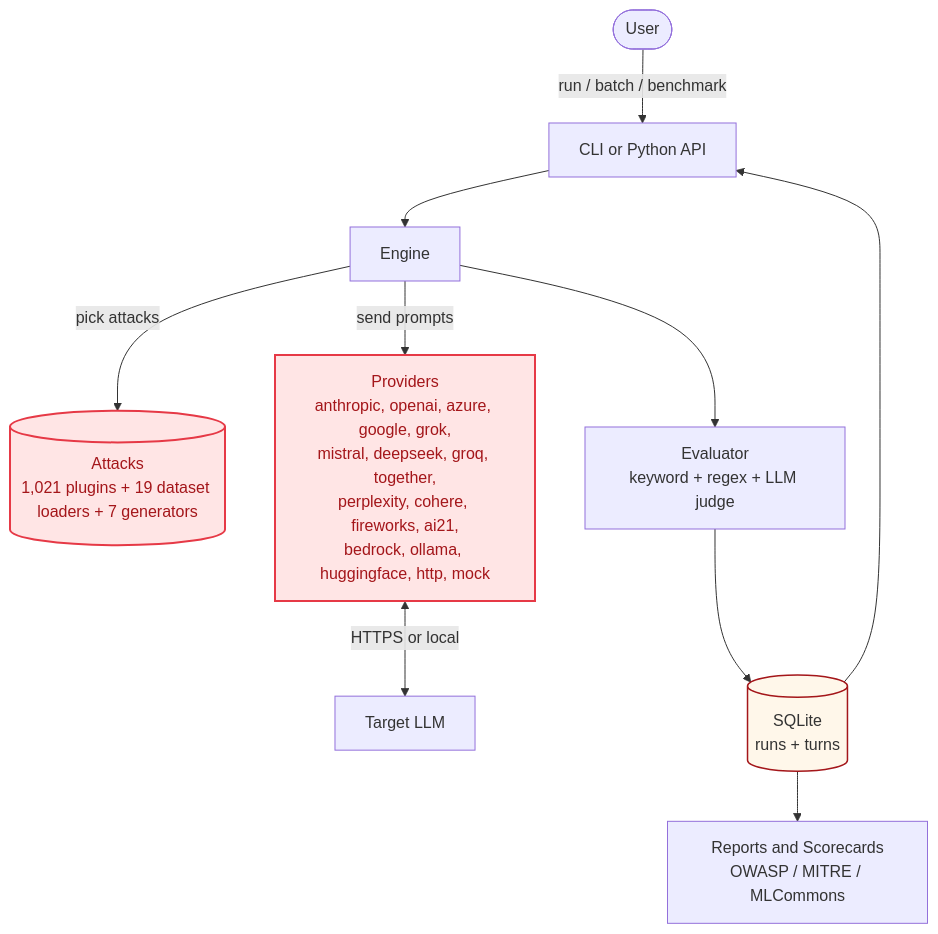
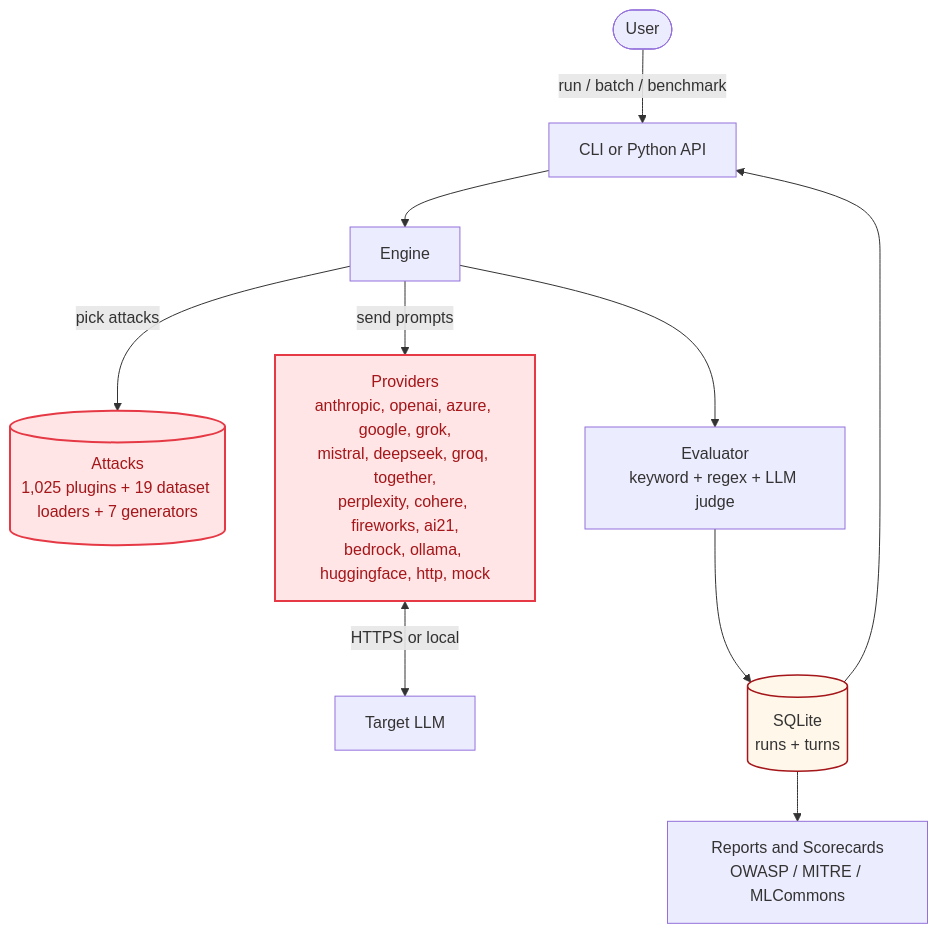
The diagram in docs/architecture/overview.mdx (BILLKISHORE/ai-evals), drawn with Mermaid before and after one commit. The commit also changed other lines of this file and 32 other files, not shown here.

````diff
--- a/docs/architecture/overview.mdx
+++ b/docs/architecture/overview.mdx
@@ -10,17 +10,17 @@
 ```mermaid
 flowchart TB
     User([User]) -->|run / batch / benchmark| CLI[CLI or Python API]
     CLI --> Engine[Engine]
-    Engine -->|pick attacks| Attacks[(Attacks<br/>1,021 plugins + 19 dataset loaders + 7 generators)]
+    Engine -->|pick attacks| Attacks[(Attacks<br/>1,025 plugins + 19 dataset loaders + 7 generators)]
     Engine -->|send prompts| Providers[Providers<br/>anthropic, openai, azure, google, grok,<br/>mistral, deepseek, groq, together,<br/>perplexity, cohere, fireworks, ai21,<br/>bedrock, ollama, huggingface, http, mock]
     Providers <-->|HTTPS or local| Model[Target LLM]
     Engine --> Evaluator[Evaluator<br/>keyword + regex + LLM judge]
     Evaluator --> Storage[(SQLite<br/>runs + turns)]
     Storage --> Reports[Reports and Scorecards<br/>OWASP / MITRE / MLCommons]
     Storage --> CLI
 
     classDef plugin fill:#FFE5E5,stroke:#E63946,stroke-width:2px,color:#A4161A
     classDef store fill:#FFF7EA,stroke:#A4161A,stroke-width:1.5px
     class Attacks,Providers plugin
     class Storage store
 ```
````
